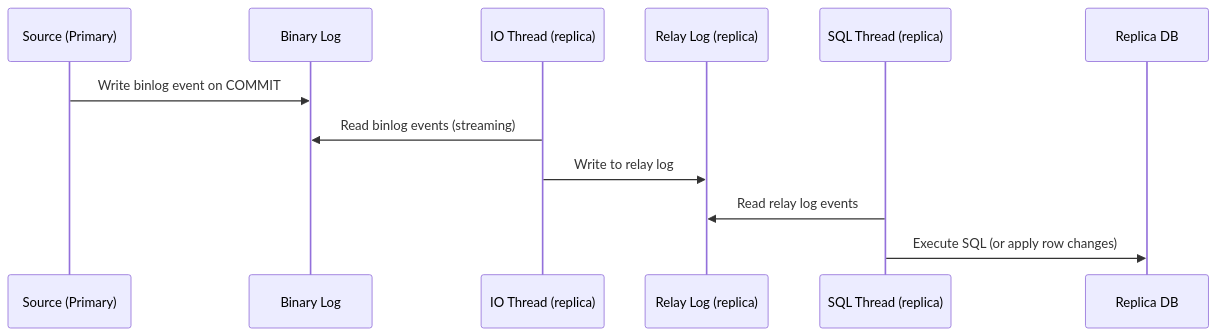
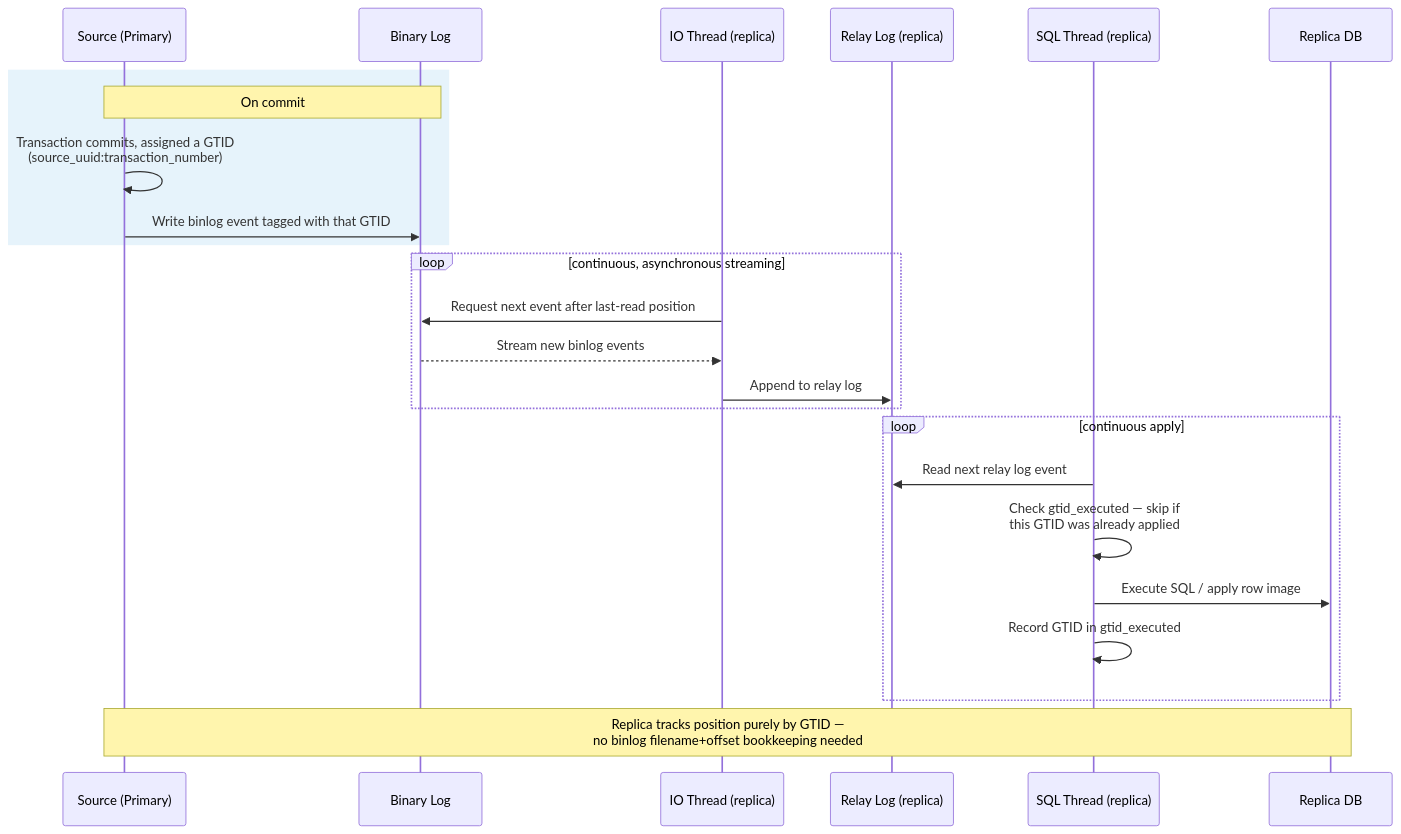
Before and after one commit to deepanshu-rawat6/DevOpsIndex: the fifth of 7 diagrams in databases/mysql-internals.md, drawn with Mermaid. The commit also changed other lines of this file and 7 other files, not shown here.

````diff
--- a/databases/mysql-internals.md
+++ b/databases/mysql-internals.md
@@ -94,15 +278,30 @@
 ```mermaid
 sequenceDiagram
     participant SRC as Source (Primary)
     participant BINLOG as Binary Log
     participant IO_THREAD as IO Thread (replica)
     participant RELAY as Relay Log (replica)
     participant SQL_THREAD as SQL Thread (replica)
     participant REP_DB as Replica DB
 
-    SRC->>BINLOG: Write binlog event on COMMIT
-    IO_THREAD->>BINLOG: Read binlog events (streaming)
-    IO_THREAD->>RELAY: Write to relay log
-    SQL_THREAD->>RELAY: Read relay log events
-    SQL_THREAD->>REP_DB: Execute SQL (or apply row changes)
+    rect rgba(52, 152, 219, 0.12)
+    Note over SRC,BINLOG: On commit
+    SRC->>SRC: Transaction commits, assigned a GTID<br/>(source_uuid:transaction_number)
+    SRC->>BINLOG: Write binlog event tagged with that GTID
+    end
+
+    loop continuous, asynchronous streaming
+        IO_THREAD->>BINLOG: Request next event after last-read position
+        BINLOG-->>IO_THREAD: Stream new binlog events
+        IO_THREAD->>RELAY: Append to relay log
+    end
+
+    loop continuous apply
+        SQL_THREAD->>RELAY: Read next relay log event
+        SQL_THREAD->>SQL_THREAD: Check gtid_executed — skip if<br/>this GTID was already applied
+        SQL_THREAD->>REP_DB: Execute SQL / apply row image
+        SQL_THREAD->>SQL_THREAD: Record GTID in gtid_executed
+    end
+
+    Note over SRC,REP_DB: Replica tracks position purely by GTID —<br/>no binlog filename+offset bookkeeping needed
 ```
````
